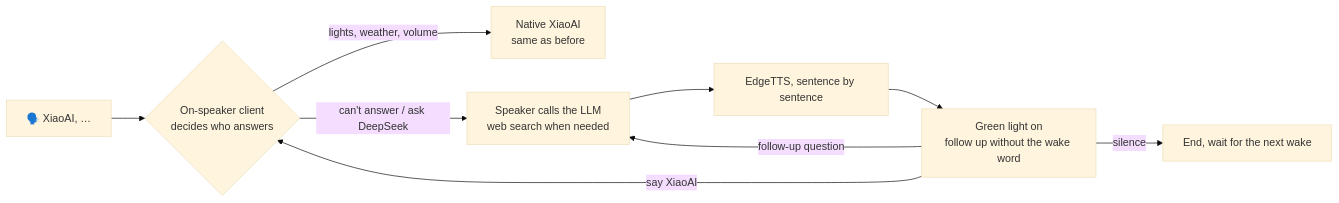
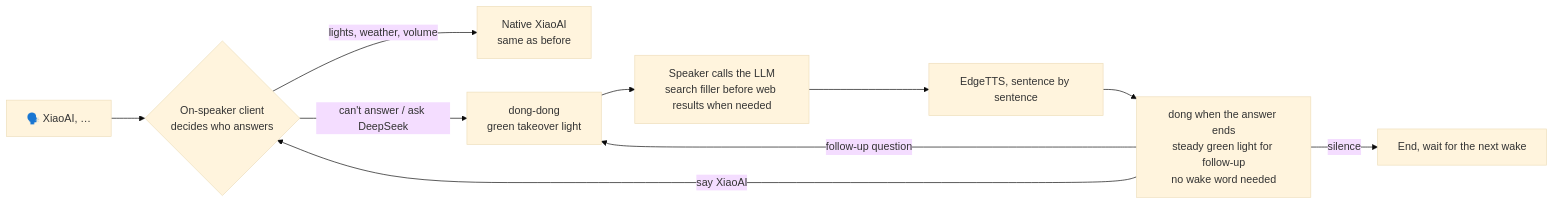
One commit to open-speaker-llm/xiaomi_ai_llm changed the diagram in README_en.md. Above: the diagram before and after it, drawn with Mermaid (base theme). The commit also changed other lines of this file and 14 other files, not shown here.

````diff
--- a/README_en.md
+++ b/README_en.md
@@ -55,11 +66,12 @@
 ```mermaid
 flowchart LR
     A["🗣️ XiaoAI, …"] --> B{"On-speaker client<br/>decides who answers"}
     B -->|lights, weather, volume| C["Native XiaoAI<br/>same as before"]
-    B -->|can't answer / ask DeepSeek| D["Speaker calls the LLM<br/>web search when needed"]
+    B -->|can't answer / ask DeepSeek| R["dong-dong<br/>green takeover light"]
+    R --> D["Speaker calls the LLM<br/>search filler before web results when needed"]
     D --> E["EdgeTTS, sentence by sentence"]
-    E --> F["Green light on<br/>follow up without the wake word"]
-    F -->|follow-up question| D
+    E --> F["dong when the answer ends<br/>steady green light for follow-up<br/>no wake word needed"]
+    F -->|follow-up question| R
     F -->|say XiaoAI| B
     F -->|silence| G["End, wait for the next wake"]
 ```
````
